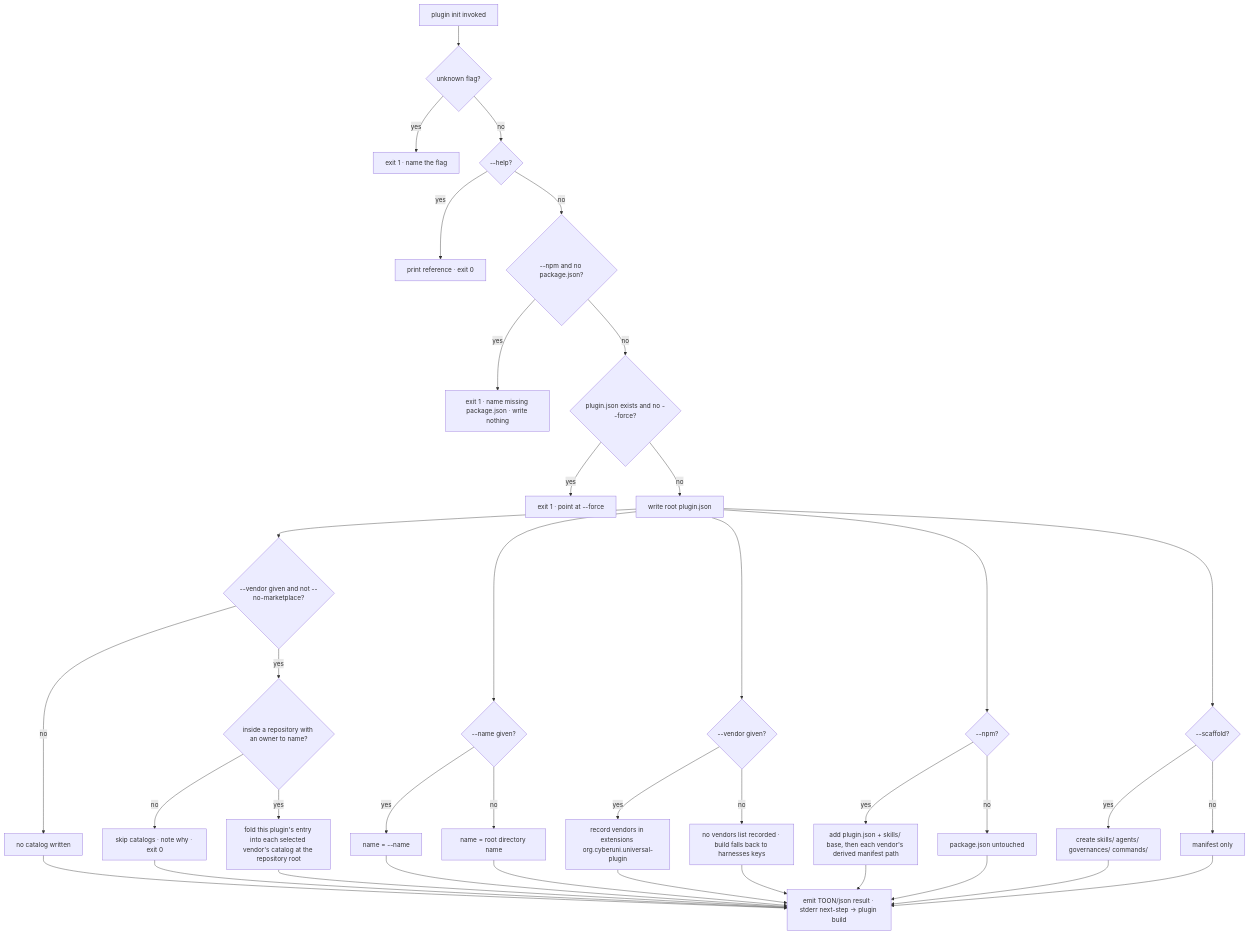
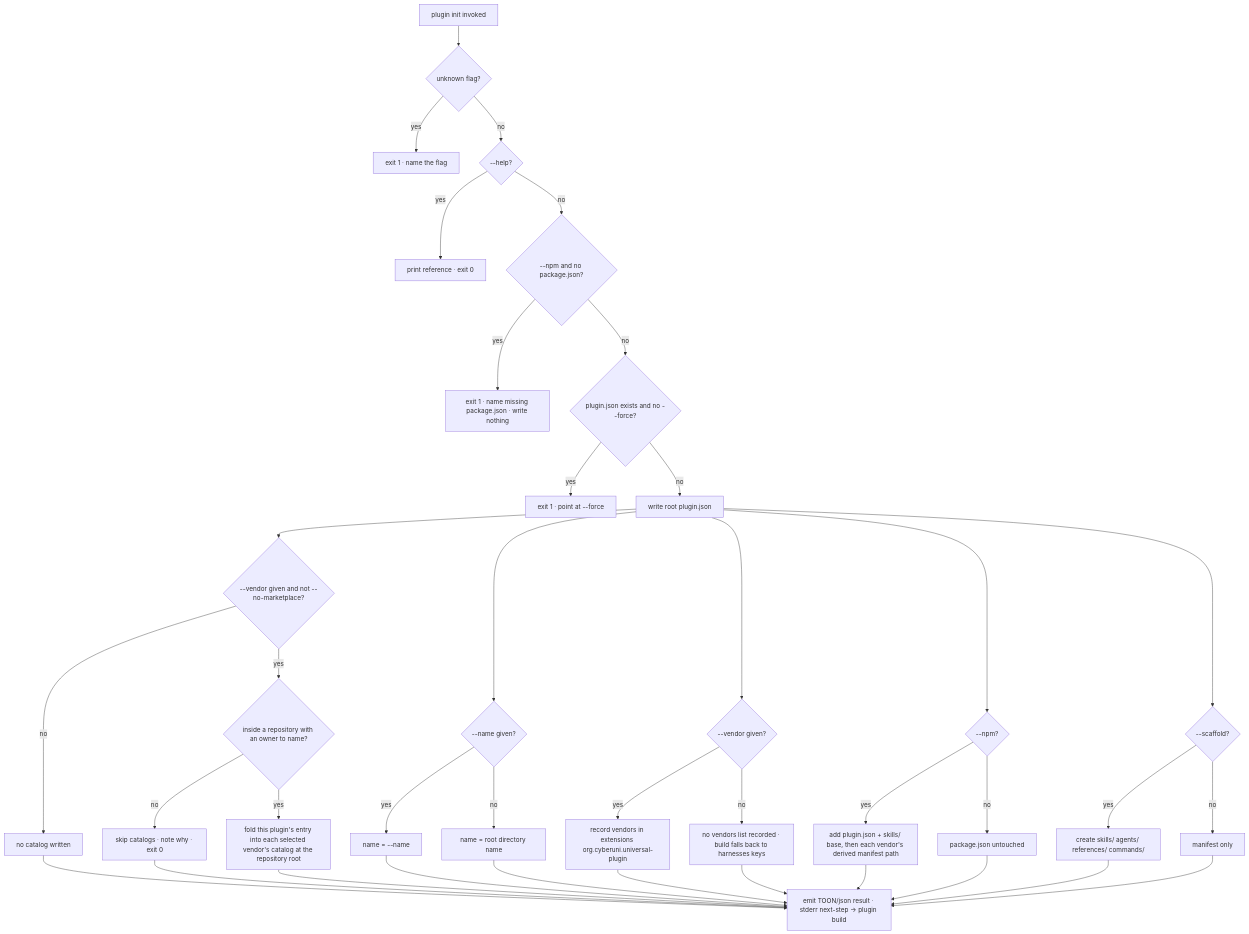
One commit to cyberuni/universal-plugin changed the diagram in packages/universal-plugin/.agents/spec/plugin/init/README.md. Above: the diagram before and after it, drawn with Mermaid. The commit also changed 7 other files, not shown here.

First line of the commit message:
fix(init): scaffold references/ instead of governances/ (#108)

````diff
--- a/packages/universal-plugin/.agents/spec/plugin/init/README.md
+++ b/packages/universal-plugin/.agents/spec/plugin/init/README.md
@@ -93,41 +93,41 @@
 ```mermaid
 graph TD
   A[plugin init invoked] --> UF{unknown flag?}
   UF -->|yes| E_UF[exit 1 · name the flag]
   UF -->|no| HELP{--help?}
   HELP -->|yes| E_HELP[print reference · exit 0]
   HELP -->|no| PRE{--npm and no package.json?}
   PRE -->|yes| E_PRE[exit 1 · name missing package.json · write nothing]
   PRE -->|no| EX{plugin.json exists and no --force?}
   EX -->|yes| E_EX[exit 1 · point at --force]
   EX -->|no| W[write root plugin.json]
   W --> NM{--name given?}
   NM -->|yes| nm1[name = --name]
   NM -->|no| nm2[name = root directory name]
   W --> VN{--vendor given?}
   VN -->|yes| vn1[record vendors in extensions org.cyberuni.universal-plugin]
   VN -->|no| vn2[no vendors list recorded · build falls back to harnesses keys]
   W --> SC{--scaffold?}
-  SC -->|yes| sc1[create skills/ agents/ governances/ commands/]
+  SC -->|yes| sc1[create skills/ agents/ references/ commands/]
   SC -->|no| sc2[manifest only]
   W --> NP{--npm?}
   NP -->|yes| wire[add plugin.json + skills/ base, then each vendor's derived manifest path]
   NP -->|no| skip[package.json untouched]
   W --> MP{--vendor given and not --no-marketplace?}
   MP -->|no| mp0[no catalog written]
   MP -->|yes| REPO{inside a repository with an owner to name?}
   REPO -->|no| mp1[skip catalogs · note why · exit 0]
   REPO -->|yes| mp2[fold this plugin's entry into each selected vendor's catalog at the repository root]
   mp0 --> OUT
   mp1 --> OUT
   mp2 --> OUT
   nm1 --> OUT
   nm2 --> OUT
   vn1 --> OUT
   vn2 --> OUT
   wire --> OUT
   skip --> OUT
   sc1 --> OUT
   sc2 --> OUT
   OUT[emit TOON/json result · stderr next-step → plugin build]
 ```
````
